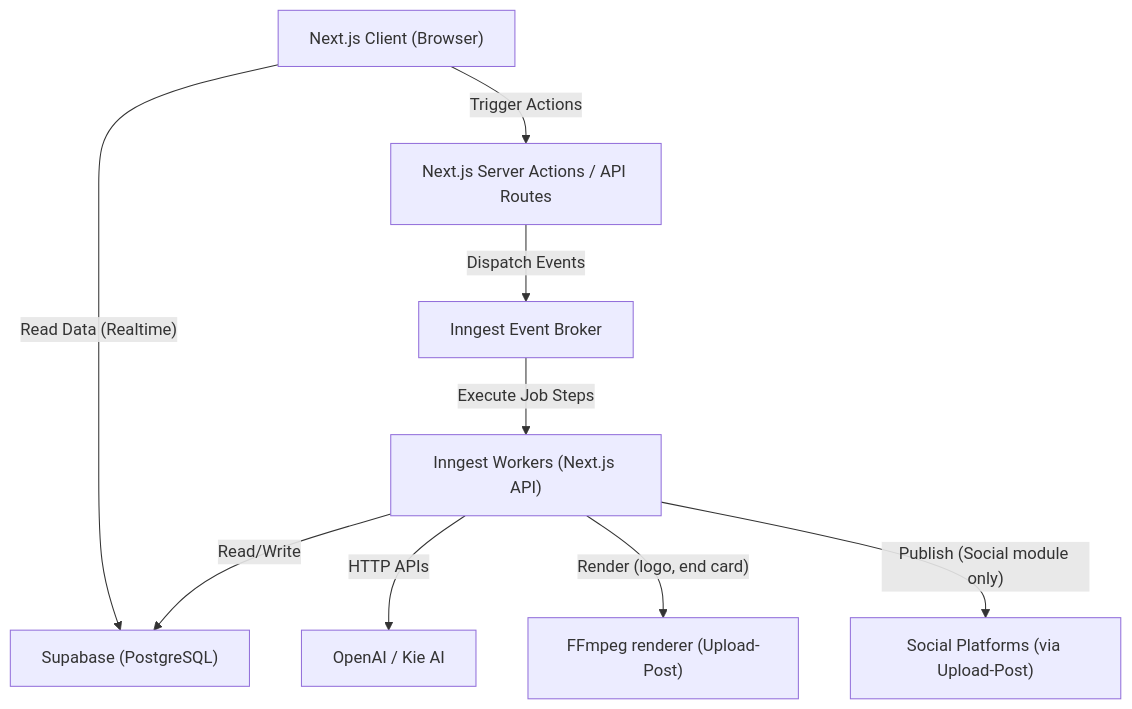
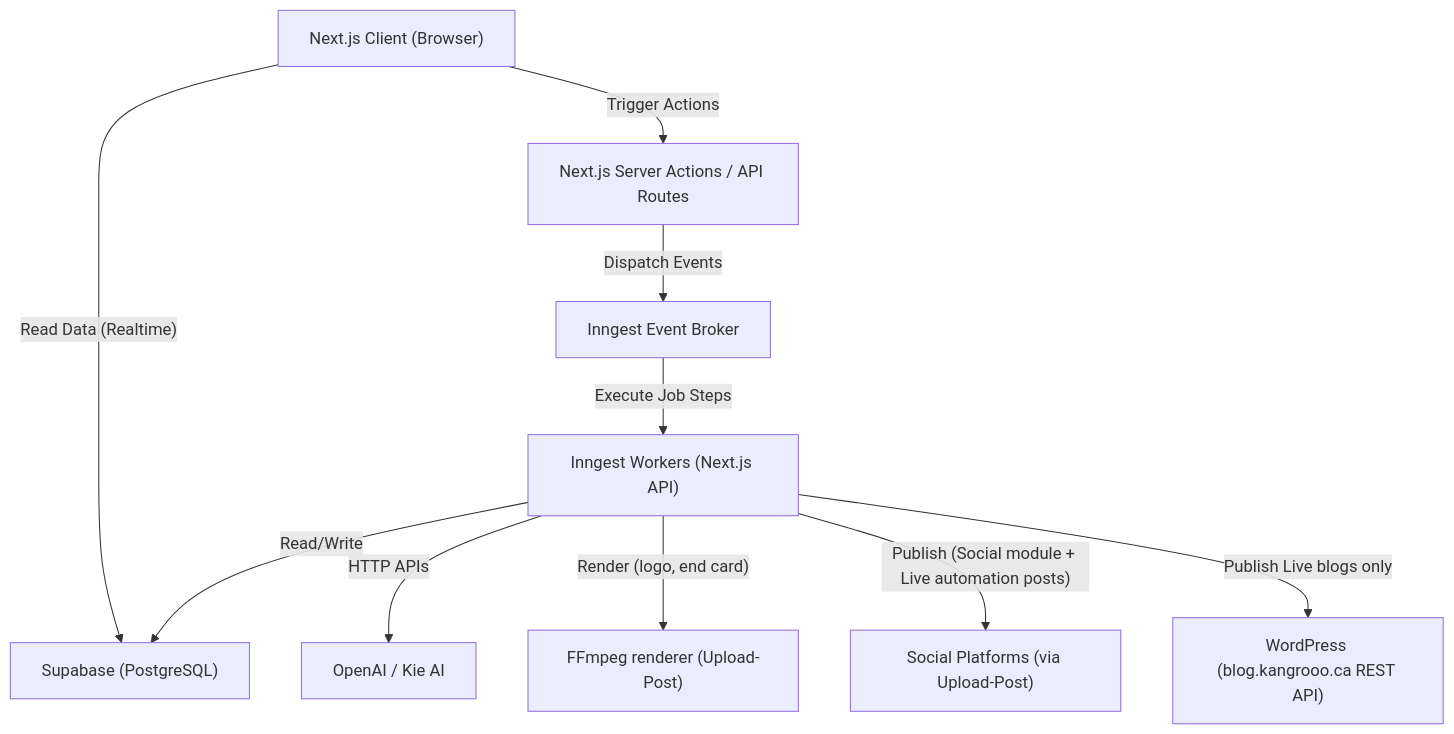
The diagram in docs/architecture/system_design.md (Aumatic-AI/kangroo-Kinetix), drawn with Mermaid before and after one commit. The commit also changed other lines of this file and 9 other files, not shown here.

First line of the commit message:
Docs: Live publishing, Dashboard, Posts; client user guide

````diff
--- a/docs/architecture/system_design.md
+++ b/docs/architecture/system_design.md
@@ -9,11 +9,12 @@
 ```mermaid
 graph TD
     Client["Next.js Client (Browser)"] -- "Read Data (Realtime)" --> Supabase["Supabase (PostgreSQL)"]
     Client -- "Trigger Actions" --> API["Next.js Server Actions / API Routes"]
     API -- "Dispatch Events" --> Inngest["Inngest Event Broker"]
     Inngest -- "Execute Job Steps" --> Jobs["Inngest Workers (Next.js API)"]
     Jobs -- "Read/Write" --> Supabase
     Jobs -- "HTTP APIs" --> AI["OpenAI / Kie AI"]
     Jobs -- "Render (logo, end card)" --> FFmpeg["FFmpeg renderer (Upload-Post)"]
-    Jobs -- "Publish (Social module only)" --> Platforms["Social Platforms (via Upload-Post)"]
+    Jobs -- "Publish (Social module + Live automation posts)" --> Platforms["Social Platforms (via Upload-Post)"]
+    Jobs -- "Publish Live blogs only" --> WordPress["WordPress (blog.kangrooo.ca REST API)"]
 ```
````
